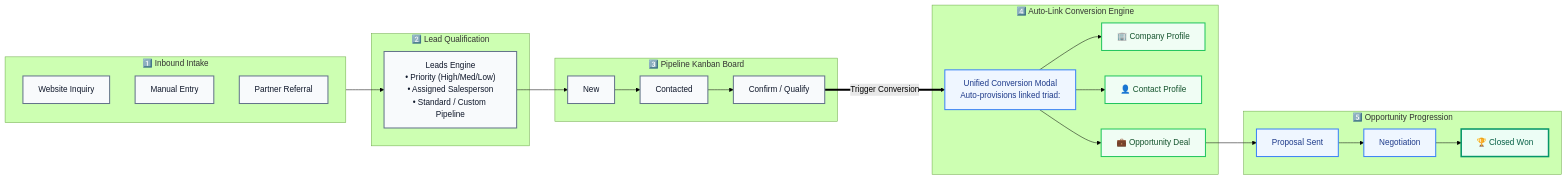
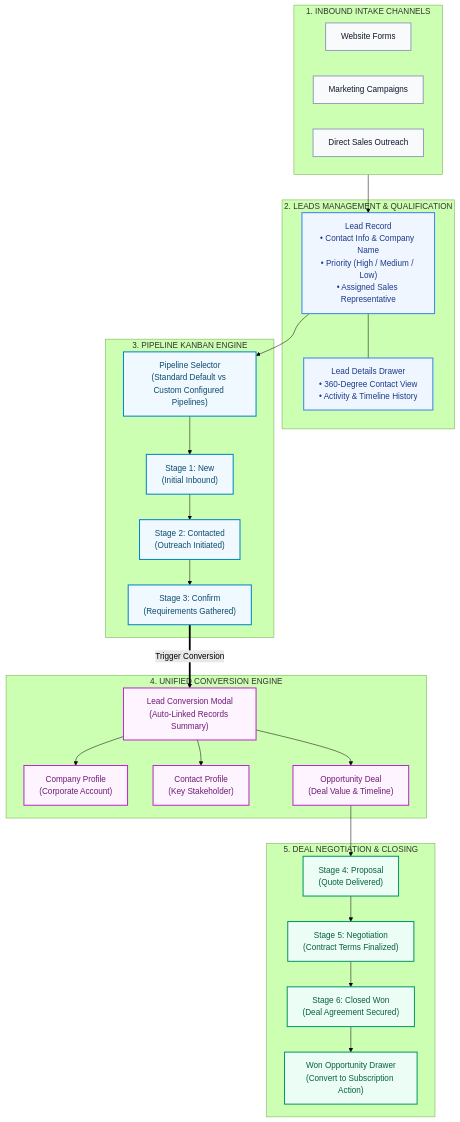
Before and after one commit to zaid-mian/crm: the second of 3 diagrams in README.md, drawn with Mermaid (forest theme). The commit also changed other lines of this file, not shown here.

Commit message:
fix(docs): fix Mermaid diagram syntax and polish architecture styling for GitHub

````diff
--- a/README.md
+++ b/README.md
@@ -158,53 +114,61 @@
 ```mermaid
-flowchart LR
-    subgraph Ingestion ["1️⃣ Inbound Intake"]
-        L_WEB["Website Inquiry"]
-        L_MAN["Manual Entry"]
-        L_REF["Partner Referral"]
+flowchart TD
+    subgraph Ingestion ["1. INBOUND INTAKE CHANNELS"]
+        IN_WEB["Website Forms"]
+        IN_CAMP["Marketing Campaigns"]
+        IN_DIR["Direct Sales Outreach"]
     end
 
-    subgraph LeadsModule ["2️⃣ Lead Qualification"]
-        LEAD["Leads Engine<br/>• Priority (High/Med/Low)<br/>• Assigned Salesperson<br/>• Standard / Custom Pipeline"]
+    subgraph LeadsModule ["2. LEADS MANAGEMENT & QUALIFICATION"]
+        LEAD_REC["Lead Record<br/>• Contact Info & Company Name<br/>• Priority (High / Medium / Low)<br/>• Assigned Sales Representative"]
+        LEAD_DRAWER["Lead Details Drawer<br/>• 360-Degree Contact View<br/>• Activity & Timeline History"]
     end
 
-    subgraph PipelineEngine ["3️⃣ Pipeline Kanban Board"]
-        ST_NEW["New"]
-        ST_CONT["Contacted"]
-        ST_CONF["Confirm / Qualify"]
+    subgraph PipelineEngine ["3. PIPELINE KANBAN ENGINE"]
+        PIPE_SEL["Pipeline Selector<br/>(Standard Default vs Custom Configured Pipelines)"]
+        ST_NEW["Stage 1: New<br/>(Initial Inbound)"]
+        ST_CONT["Stage 2: Contacted<br/>(Outreach Initiated)"]
+        ST_CONF["Stage 3: Confirm<br/>(Requirements Gathered)"]
     end
 
-    subgraph ConversionModal ["4️⃣ Auto-Link Conversion Engine"]
-        MODAL["Unified Conversion Modal<br/>Auto-provisions linked triad:"]
-        COMP["🏢 Company Profile"]
-        CONT["👤 Contact Profile"]
-        OPP["💼 Opportunity Deal"]
+    subgraph ConversionEngine ["4. UNIFIED CONVERSION ENGINE"]
+        MODAL["Lead Conversion Modal<br/>(Auto-Linked Records Summary)"]
+        COMP["Company Profile<br/>(Corporate Account)"]
+        CONT["Contact Profile<br/>(Key Stakeholder)"]
+        OPP["Opportunity Deal<br/>(Deal Value & Timeline)"]
     end
 
-    subgraph DealClosing ["5️⃣ Opportunity Progression"]
-        D_PROP["Proposal Sent"]
-        D_NEG["Negotiation"]
-        D_WON["🏆 Closed Won"]
+    subgraph ClosingEngine ["5. DEAL NEGOTIATION & CLOSING"]
+        ST_PROP["Stage 4: Proposal<br/>(Quote Delivered)"]
+        ST_NEG["Stage 5: Negotiation<br/>(Contract Terms Finalized)"]
+        ST_WON["Stage 6: Closed Won<br/>(Deal Agreement Secured)"]
+        DRAWER["Won Opportunity Drawer<br/>(Convert to Subscription Action)"]
     end
 
-    Ingestion --> LEAD
-    LEAD --> ST_NEW
+    Ingestion --> LEAD_REC
+    LEAD_REC --- LEAD_DRAWER
+    LEAD_REC --> PIPE_SEL
+    PIPE_SEL --> ST_NEW
     ST_NEW --> ST_CONT
     ST_CONT --> ST_CONF
     ST_CONF ==>|Trigger Conversion| MODAL
     MODAL --> COMP
     MODAL --> CONT
     MODAL --> OPP
-    OPP --> D_PROP
-    D_PROP --> D_NEG
-    D_NEG --> D_WON
+    OPP --> ST_PROP
+    ST_PROP --> ST_NEG
+    ST_NEG --> ST_WON
+    ST_WON --> DRAWER
 
-    classDef leadStyle fill:#f8fafc,stroke:#64748b,stroke-width:2px,color:#0f172a;
-    classDef modalStyle fill:#eff6ff,stroke:#3b82f6,stroke-width:2px,color:#1e3a8a;
-    classDef triadStyle fill:#f0fdf4,stroke:#22c55e,stroke-width:2px,color:#14532d;
-    classDef wonStyle fill:#ecfdf5,stroke:#059669,stroke-width:3px,color:#065f46;
+    classDef inStyle fill:#f8fafc,stroke:#94a3b8,stroke-width:2px,color:#0f172a;
+    classDef leadStyle fill:#eff6ff,stroke:#3b82f6,stroke-width:2px,color:#1e3a8a;
+    classDef pipeStyle fill:#f0f9ff,stroke:#0284c7,stroke-width:2px,color:#0c4a6e;
+    classDef convStyle fill:#fdf4ff,stroke:#c026d3,stroke-width:2px,color:#701a75;
+    classDef wonStyle fill:#ecfdf5,stroke:#059669,stroke-width:2px,color:#065f46;
 
-    class L_WEB,L_MAN,L_REF,LEAD,ST_NEW,ST_CONT,ST_CONF leadStyle;
-    class MODAL,D_PROP,D_NEG modalStyle;
-    class COMP,CONT,OPP triadStyle;
-    class D_WON wonStyle;
+    class IN_WEB,IN_CAMP,IN_DIR inStyle;
+    class LEAD_REC,LEAD_DRAWER leadStyle;
+    class PIPE_SEL,ST_NEW,ST_CONT,ST_CONF pipeStyle;
+    class MODAL,COMP,CONT,OPP convStyle;
+    class ST_PROP,ST_NEG,ST_WON,DRAWER wonStyle;
 ```
````
